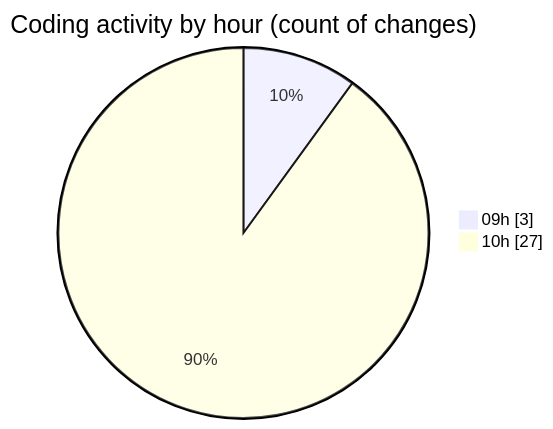
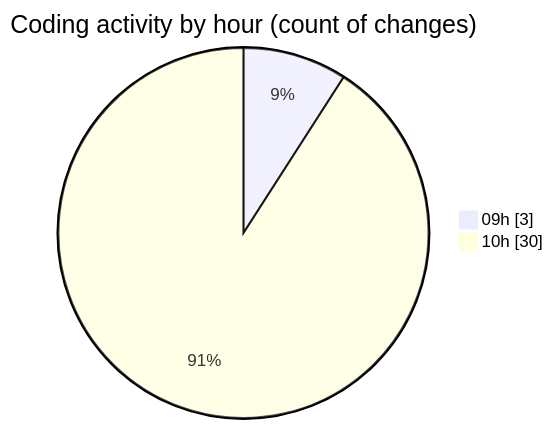
The second of 2 diagrams in 2025-10-31/cda/README.md (momahboobian/code-tracking), drawn with Mermaid before and after one commit. The commit also changed other lines of this file and 1 other file, not shown here.

````diff
--- a/2025-10-31/cda/README.md
+++ b/2025-10-31/cda/README.md
@@ -36,6 +36,6 @@
 ```mermaid
 pie showData
 title Coding activity by hour (count of changes)
 "09h" : 3
-"10h" : 27
+"10h" : 30
 ```
````
